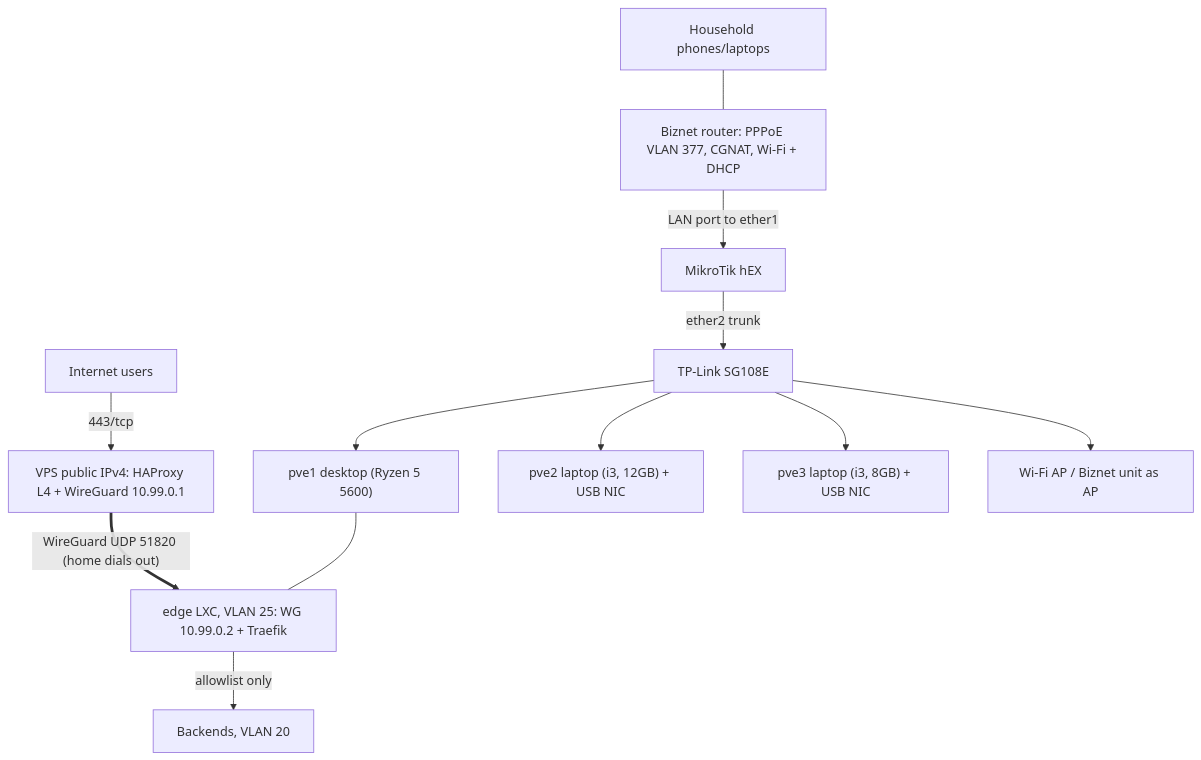
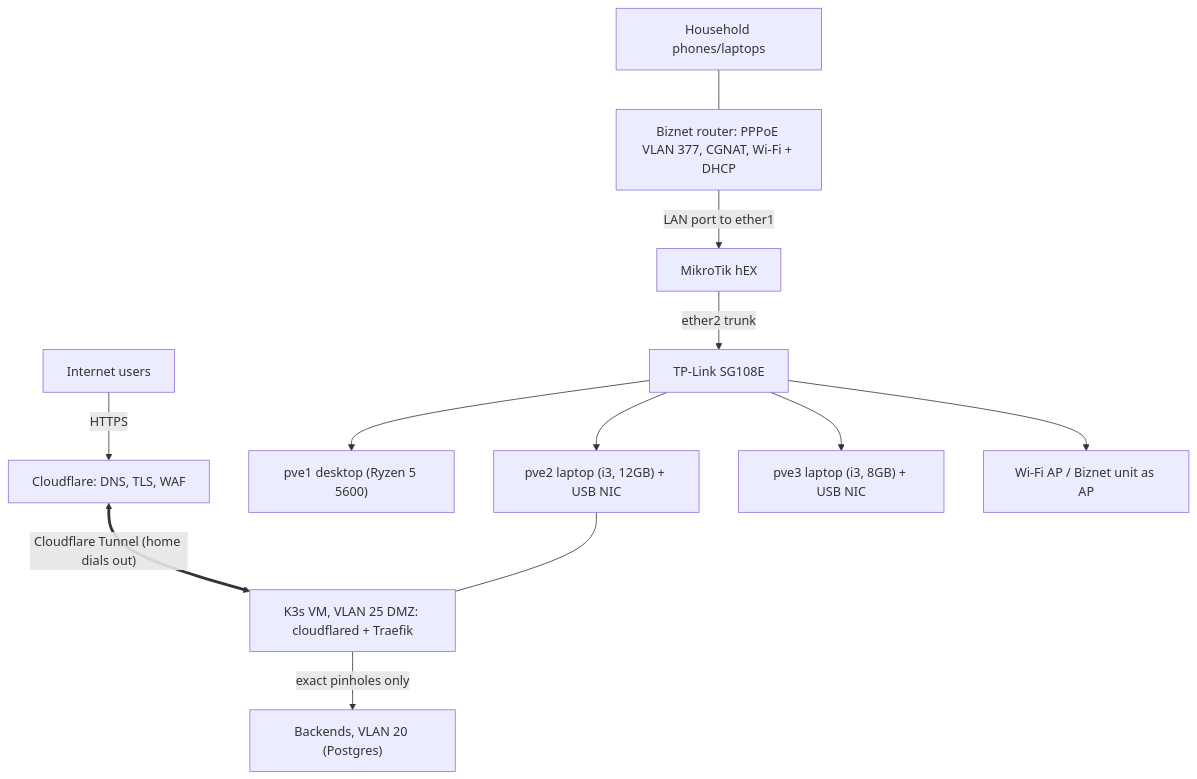
One commit to benebobaa/my-home-server changed the diagram in docs/design/network-design.md. Above: the diagram before and after it, drawn with Mermaid. The commit also changed other lines of this file and 3 other files, not shown here.

First line of the commit message:
docs: ADR 0004 — public ingress via Cloudflare Tunnel, VPS path deferred

````diff
--- a/docs/design/network-design.md
+++ b/docs/design/network-design.md
@@ -14,14 +14,14 @@
 ```mermaid
 flowchart TB
-  U["Internet users"] -->|"443/tcp"| V["VPS public IPv4: HAProxy L4 + WireGuard 10.99.0.1"]
-  V ==>|"WireGuard UDP 51820 (home dials out)"| E["edge LXC, VLAN 25: WG 10.99.0.2 + Traefik"]
+  U["Internet users"] -->|"HTTPS"| CF["Cloudflare: DNS, TLS, WAF"]
+  CF <==>|"Cloudflare Tunnel (home dials out)"| E["K3s VM, VLAN 25 DMZ: cloudflared + Traefik"]
   FAM["Household phones/laptops"] --- BR["Biznet router: PPPoE VLAN 377, CGNAT, Wi-Fi + DHCP"]
   BR -->|"LAN port to ether1"| H["MikroTik hEX"]
   H -->|"ether2 trunk"| S["TP-Link SG108E"]
   S --> N1["pve1 desktop (Ryzen 5 5600)"]
   S --> N2["pve2 laptop (i3, 12GB) + USB NIC"]
   S --> N3["pve3 laptop (i3, 8GB) + USB NIC"]
   S --> AP["Wi-Fi AP / Biznet unit as AP"]
-  N1 --- E
-  E -->|"allowlist only"| B["Backends, VLAN 20"]
+  N2 --- E
+  E -->|"exact pinholes only"| B["Backends, VLAN 20 (Postgres)"]
 ```
````
